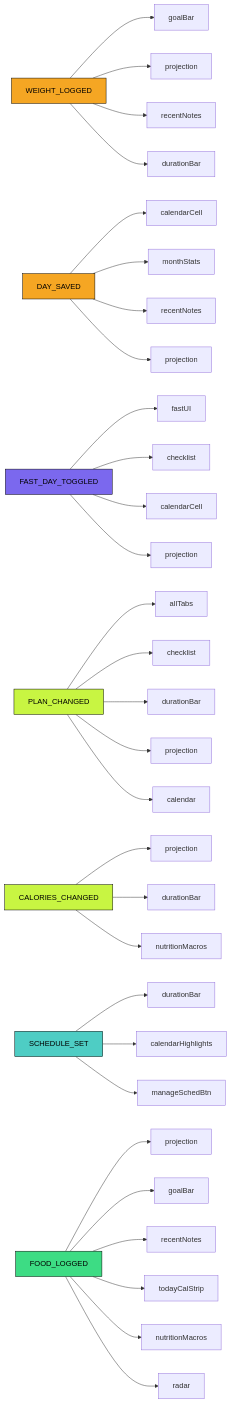
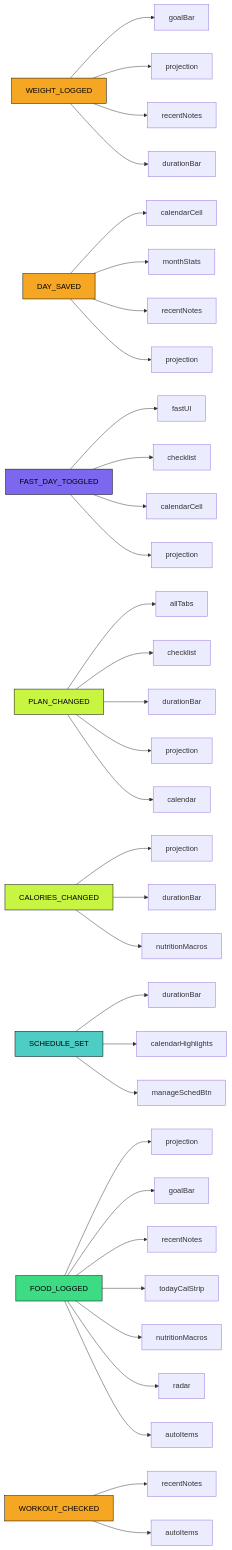
The fourth of 19 diagrams in ARCHITECTURE.md (HIRAKHANJI/protocol-health), drawn with Mermaid before and after one commit. The commit also changed other lines of this file and 4 other files, not shown here.

````diff
--- a/ARCHITECTURE.md
+++ b/ARCHITECTURE.md
@@ -135,18 +138,20 @@
 ```mermaid
 graph LR
     WL["WEIGHT_LOGGED"] --> WL1["goalBar"] & WL2["projection"] & WL3["recentNotes"] & WL4["durationBar"]
     DS["DAY_SAVED"] --> DS1["calendarCell"] & DS2["monthStats"] & DS3["recentNotes"] & DS4["projection"]
     FT["FAST_DAY_TOGGLED"] --> FT1["fastUI"] & FT2["checklist"] & FT3["calendarCell"] & FT4["projection"]
     PC["PLAN_CHANGED"] --> PC1["allTabs"] & PC2["checklist"] & PC3["durationBar"] & PC4["projection"] & PC5["calendar"]
     CC["CALORIES_CHANGED"] --> CC1["projection"] & CC2["durationBar"] & CC3["nutritionMacros"]
     SS["SCHEDULE_SET"] --> SS1["durationBar"] & SS2["calendarHighlights"] & SS3["manageSchedBtn"]
-    FL["FOOD_LOGGED"] --> FL1["projection"] & FL2["goalBar"] & FL3["recentNotes"] & FL4["todayCalStrip"] & FL5["nutritionMacros"] & FL6["radar"]
+    FL["FOOD_LOGGED"] --> FL1["projection"] & FL2["goalBar"] & FL3["recentNotes"] & FL4["todayCalStrip"] & FL5["nutritionMacros"] & FL6["radar"] & FL7["autoItems"]
+    WC["WORKOUT_CHECKED"] --> WC1["recentNotes"] & WC2["autoItems"]
 
     style WL fill:#f5a623,stroke:#000,color:#000
+    style WC fill:#f5a623,stroke:#000,color:#000
     style DS fill:#f5a623,stroke:#000,color:#000
     style FT fill:#7b68ee,stroke:#000,color:#000
     style PC fill:#c8f542,stroke:#000,color:#000
     style CC fill:#c8f542,stroke:#000,color:#000
     style SS fill:#4ecdc4,stroke:#000,color:#000
     style FL fill:#3ddc84,stroke:#000,color:#000
 ```
````
